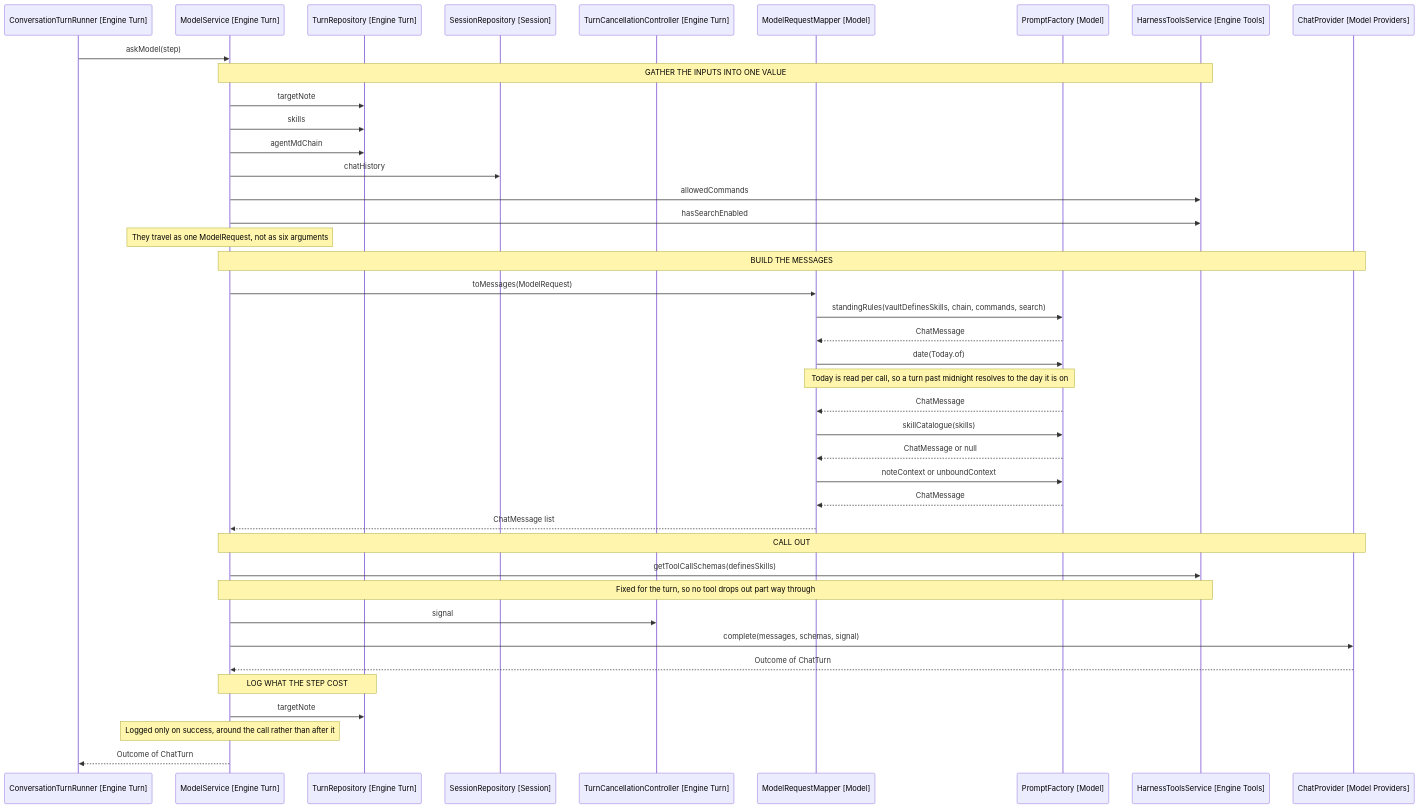
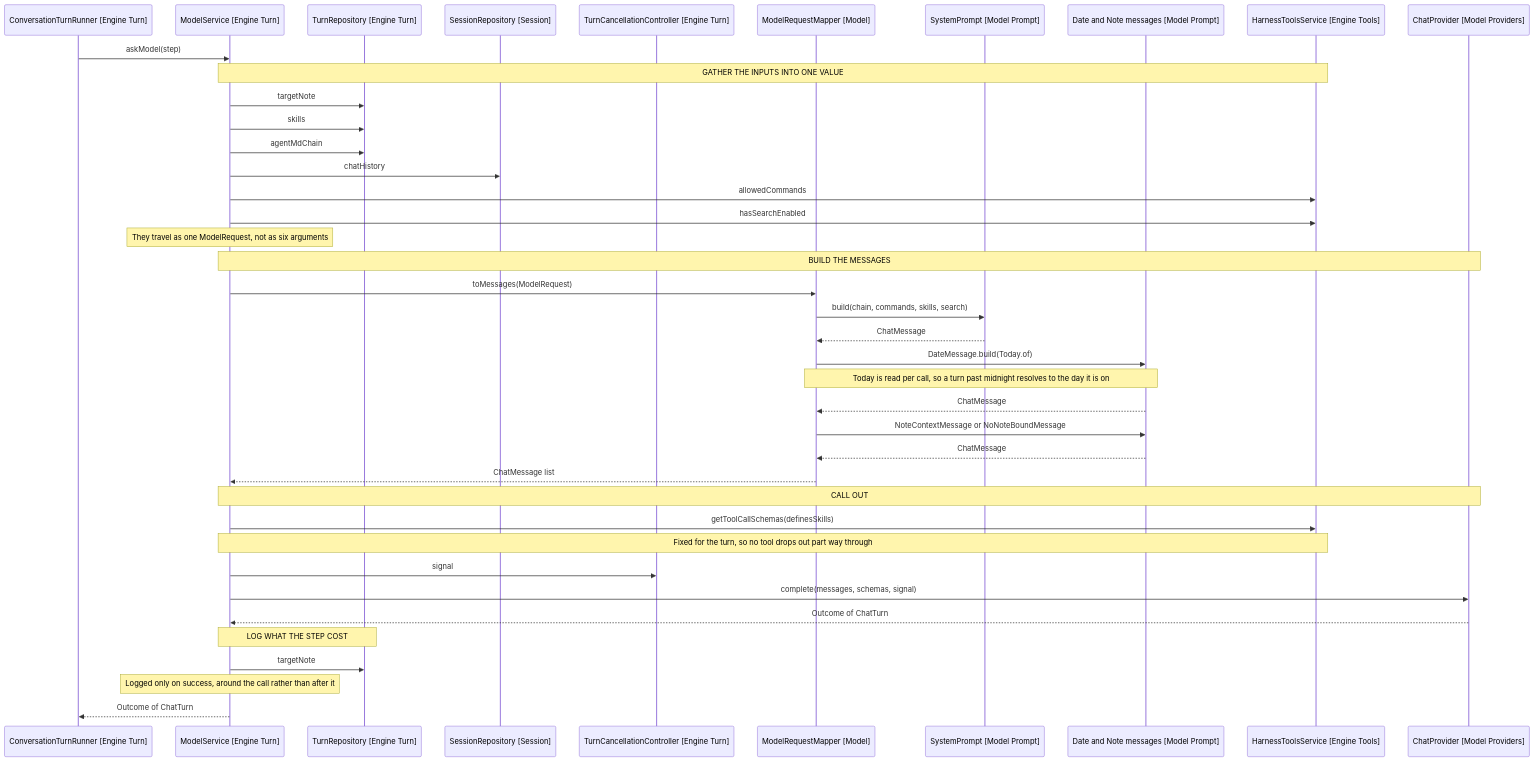
One commit to iparips/obsidian-owl changed the diagram in docs/architecture/10-asking-the-model.md. Above: the diagram before and after it, drawn with Mermaid. The commit also changed other lines of this file and 17 other files, not shown here.

````diff
--- a/docs/architecture/10-asking-the-model.md
+++ b/docs/architecture/10-asking-the-model.md
@@ -29,48 +29,47 @@
 ```mermaid
 sequenceDiagram
     participant Runner as ConversationTurnRunner [Engine Turn]
     participant Model as ModelService [Engine Turn]
     participant TurnRepo as TurnRepository [Engine Turn]
     participant Session as SessionRepository [Session]
     participant Cancel as TurnCancellationController [Engine Turn]
     participant Mapper as ModelRequestMapper [Model]
-    participant Prompts as PromptFactory [Model]
+    participant System as SystemPrompt [Model Prompt]
+    participant Messages as Date and Note messages [Model Prompt]
     participant Harness as HarnessToolsService [Engine Tools]
     participant Provider as ChatProvider [Model Providers]
 
     Runner->>Model: askModel(step)
 
     Note over Model,Harness: GATHER THE INPUTS INTO ONE VALUE
     Model->>TurnRepo: targetNote
     Model->>TurnRepo: skills
     Model->>TurnRepo: agentMdChain
     Model->>Session: chatHistory
     Model->>Harness: allowedCommands
     Model->>Harness: hasSearchEnabled
     Note over Model: They travel as one ModelRequest, not as six arguments
 
     Note over Model,Provider: BUILD THE MESSAGES
     Model->>Mapper: toMessages(ModelRequest)
-    Mapper->>Prompts: standingRules(vaultDefinesSkills, chain, commands, search)
-    Prompts-->>Mapper: ChatMessage
-    Mapper->>Prompts: date(Today.of)
-    Note over Mapper,Prompts: Today is read per call, so a turn past midnight resolves to the day it is on
-    Prompts-->>Mapper: ChatMessage
-    Mapper->>Prompts: skillCatalogue(skills)
-    Prompts-->>Mapper: ChatMessage or null
-    Mapper->>Prompts: noteContext or unboundContext
-    Prompts-->>Mapper: ChatMessage
+    Mapper->>System: build(chain, commands, skills, search)
+    System-->>Mapper: ChatMessage
+    Mapper->>Messages: DateMessage.build(Today.of)
+    Note over Mapper,Messages: Today is read per call, so a turn past midnight resolves to the day it is on
+    Messages-->>Mapper: ChatMessage
+    Mapper->>Messages: NoteContextMessage or NoNoteBoundMessage
+    Messages-->>Mapper: ChatMessage
     Mapper-->>Model: ChatMessage list
 
     Note over Model,Provider: CALL OUT
     Model->>Harness: getToolCallSchemas(definesSkills)
     Note over Model,Harness: Fixed for the turn, so no tool drops out part way through
     Model->>Cancel: signal
     Model->>Provider: complete(messages, schemas, signal)
     Provider-->>Model: Outcome of ChatTurn
 
     Note over Model,TurnRepo: LOG WHAT THE STEP COST
     Model->>TurnRepo: targetNote
     Note over Model: Logged only on success, around the call rather than after it
     Model-->>Runner: Outcome of ChatTurn
 ```
````
